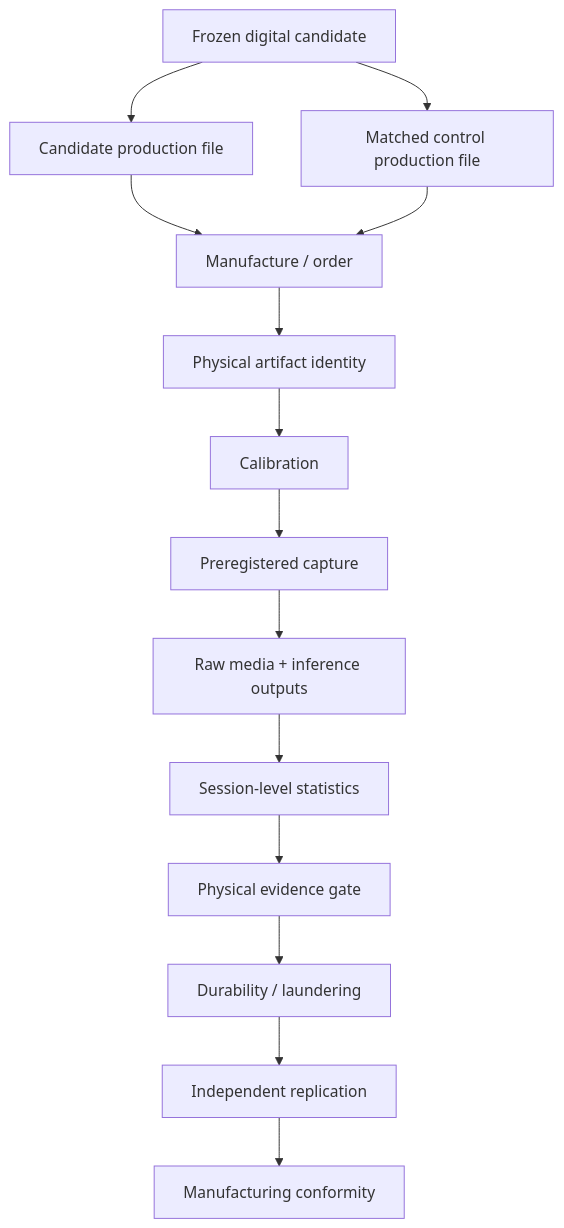
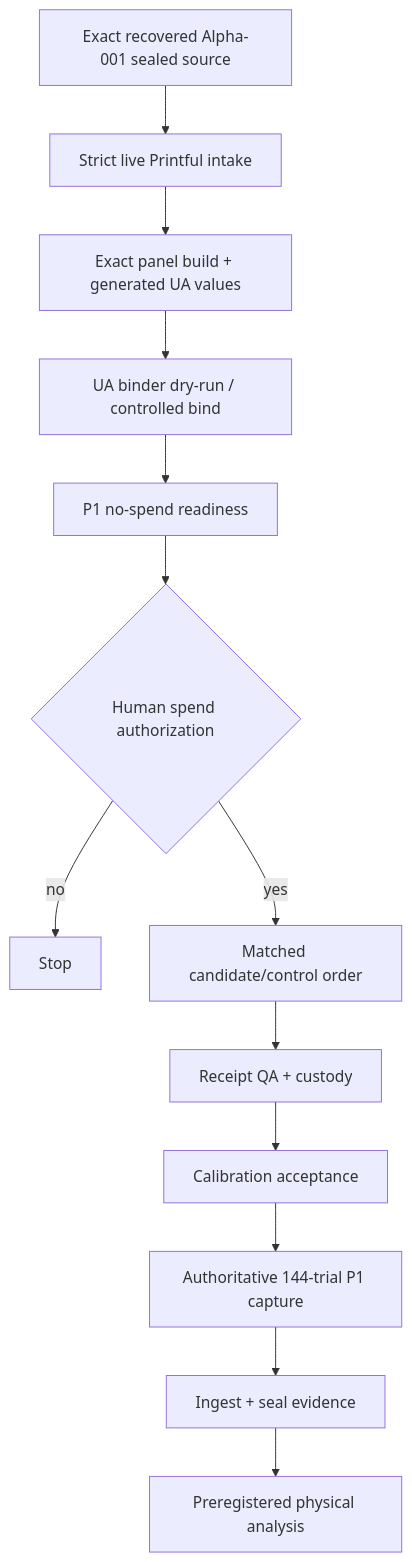
Before and after one commit to ninja-ops-guy/adversarial-clothing-pipeline: the sixth of 6 diagrams in docs/ARCHITECTURE.md, drawn with Mermaid. The commit also changed other lines of this file, not shown here.

Commit message:
docs: refresh architecture and execution boundaries

````diff
--- a/docs/ARCHITECTURE.md
+++ b/docs/ARCHITECTURE.md
@@ -156,16 +145,15 @@
 ```mermaid
 flowchart TD
-    F[Frozen digital candidate] --> C[Candidate production file]
-    F --> M[Matched control production file]
-    C --> O[Manufacture / order]
-    M --> O
-    O --> I[Physical artifact identity]
-    I --> K[Calibration]
-    K --> P[Preregistered capture]
-    P --> R[Raw media + inference outputs]
-    R --> S[Session-level statistics]
-    S --> Q[Physical evidence gate]
-    Q --> D[Durability / laundering]
-    D --> X[Independent replication]
-    X --> G[Manufacturing conformity]
+    K[Exact recovered Alpha-001 sealed source] --> I[Strict live Printful intake]
+    I --> B[Exact panel build + generated UA values]
+    B --> U[UA binder dry-run / controlled bind]
+    U --> R[P1 no-spend readiness]
+    R --> H{Human spend authorization}
+    H -- no --> STOP[Stop]
+    H -- yes --> O[Matched candidate/control order]
+    O --> Q[Receipt QA + custody]
+    Q --> C[Calibration acceptance]
+    C --> P[Authoritative 144-trial P1 capture]
+    P --> E[Ingest + seal evidence]
+    E --> A[Preregistered physical analysis]
 ```
````
